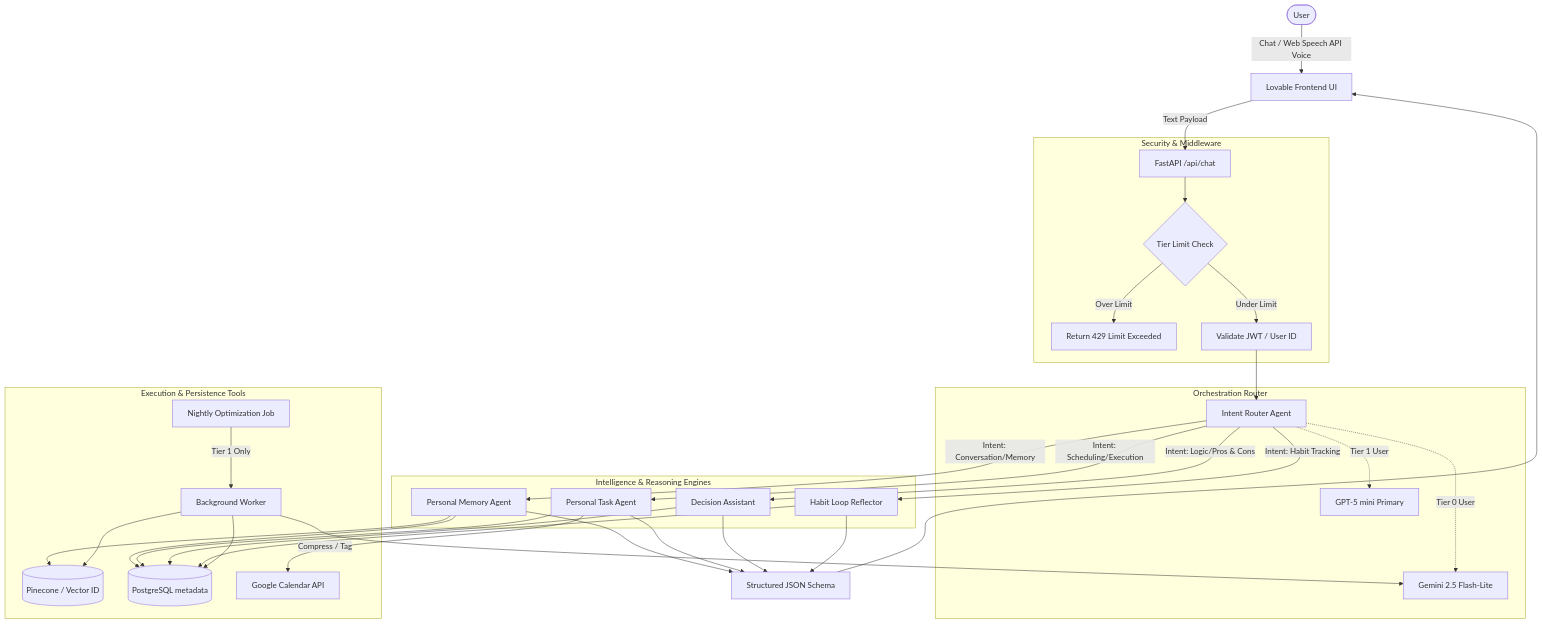
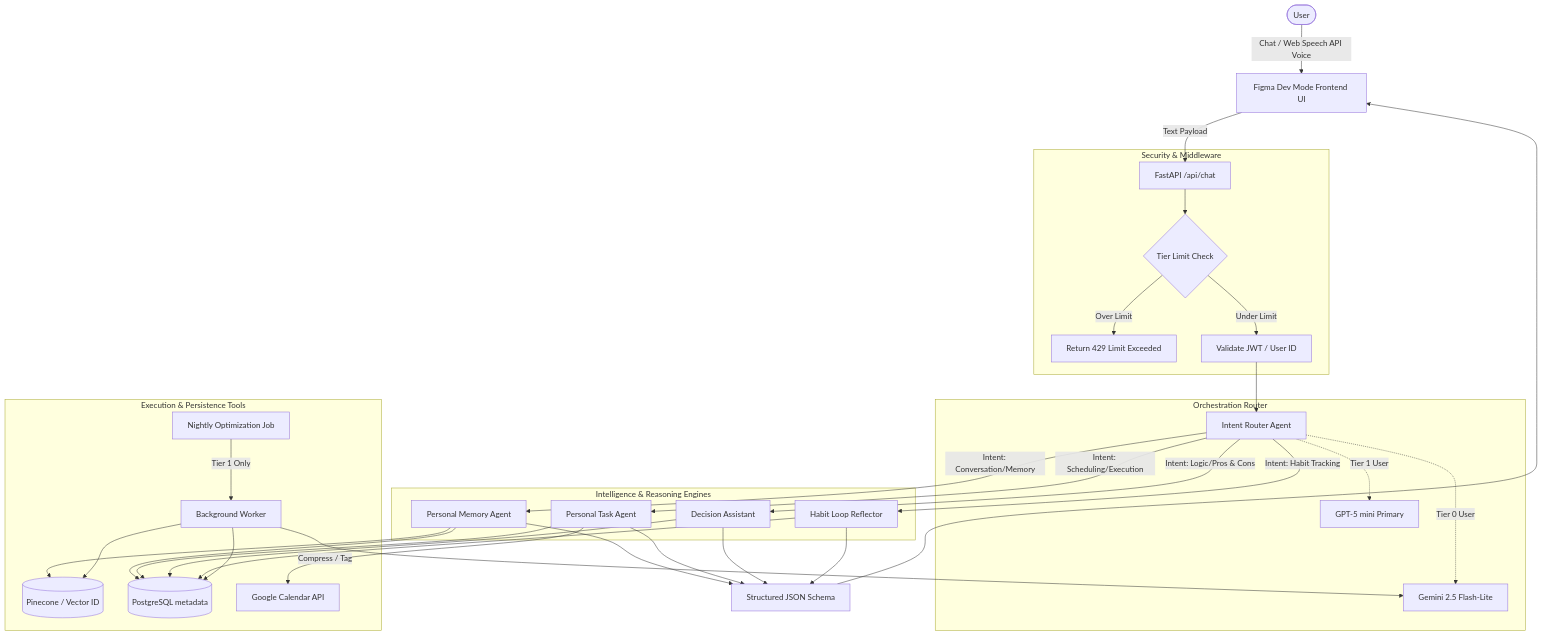
One commit to Ajay-Kingpin/memora.ai changed the diagram in docs/data_flow.md. Above: the diagram before and after it, drawn with Mermaid. The commit also changed other lines of this file and 17 other files, not shown here.

Commit message:
feat: Implement Layer 3 and Layer 4 APIs, update docs to use Figma Dev Mode

````diff
--- a/docs/data_flow.md
+++ b/docs/data_flow.md
@@ -59,56 +59,56 @@
 ```mermaid
 graph TD
     %% User Input Layer
-    U([User]) -->|Chat / Web Speech API Voice| UI[Lovable Frontend UI]
+    U([User]) -->|Chat / Web Speech API Voice| UI[Figma Dev Mode Frontend UI]
     UI -->|Text Payload| API[FastAPI /api/chat]
 
     %% Governance & Security Layer (Tier Control)
     subgraph Security & Middleware
         API --> TierMiddleware{Tier Limit Check}
         TierMiddleware -->|Over Limit| 429[Return 429 Limit Exceeded]
         TierMiddleware -->|Under Limit| Auth[Validate JWT / User ID]
     end
 
     %% Orchestration Layer
     subgraph Orchestration Router
         Auth --> Router[Intent Router Agent]
         
         %% Tier-based LLM selection rule
         Router -.->|Tier 0 User| LLM1[Gemini 2.5 Flash-Lite]
         Router -.->|Tier 1 User| LLM2[GPT-5 mini Primary]
     end
 
     %% Agent Dispatch
     subgraph Intelligence & Reasoning Engines
         Router -->|Intent: Conversation/Memory| MemAgent[Personal Memory Agent]
         Router -->|Intent: Scheduling/Execution| TaskAgent[Personal Task Agent]
         Router -->|Intent: Logic/Pros & Cons| DecAgent[Decision Assistant]
         Router -->|Intent: Habit Tracking| HabAgent[Habit Loop Reflector]
     end
 
     %% Tools and Services
     subgraph Execution & Persistence Tools
         MemAgent --> VectorDB[(Pinecone / Vector ID)]
         MemAgent --> SQLDB[(PostgreSQL metadata)]
         
         TaskAgent --> CalAPI[Google Calendar API]
         TaskAgent --> SQLDB
         
         DecAgent --> SQLDB
         HabAgent --> SQLDB
         
         %% Background Jobs Layer
         Cron[Nightly Optimization Job] -->|Tier 1 Only| Worker[Background Worker]
         Worker -->|Compress / Tag| LLM1
         Worker --> SQLDB
         Worker --> VectorDB
     end
 
     %% Returning response
     MemAgent --> ResponseFormat[Structured JSON Schema]
     TaskAgent --> ResponseFormat
     DecAgent --> ResponseFormat
     HabAgent --> ResponseFormat
     
     ResponseFormat --> UI
 ```
````
